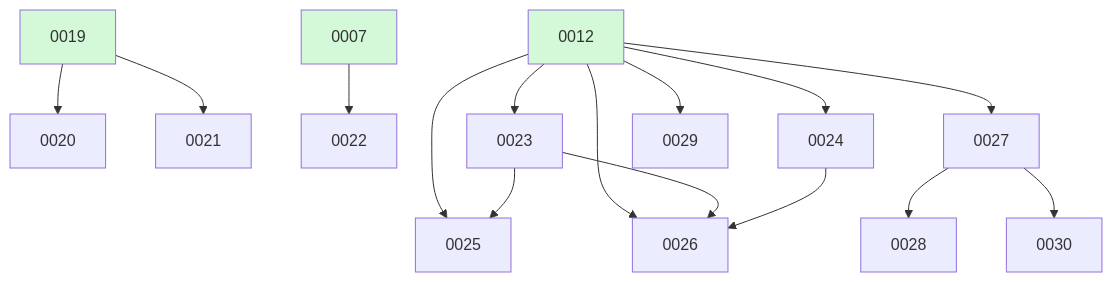
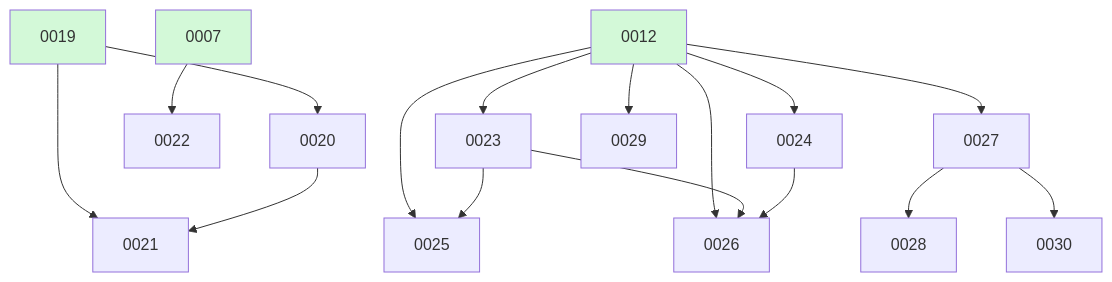
One commit to ethanhinson/fuse changed the diagram in docs/changes/BOARD.md. Above: the diagram before and after it, drawn with Mermaid. The commit also changed other lines of this file, not shown here.

````diff
--- a/docs/changes/BOARD.md
+++ b/docs/changes/BOARD.md
@@ -21,21 +21,22 @@
 ```mermaid
 graph TD
   0019 --> 0020
   0019 --> 0021
+  0020 --> 0021
   0007 --> 0022
   0012 --> 0023
   0012 --> 0024
   0012 --> 0025
   0023 --> 0025
   0012 --> 0026
   0023 --> 0026
   0024 --> 0026
   0012 --> 0027
   0027 --> 0028
   0012 --> 0029
   0027 --> 0030
   0007:::done
   0012:::done
   0019:::done
   classDef done fill:#d3f9d8;
 ```
````
